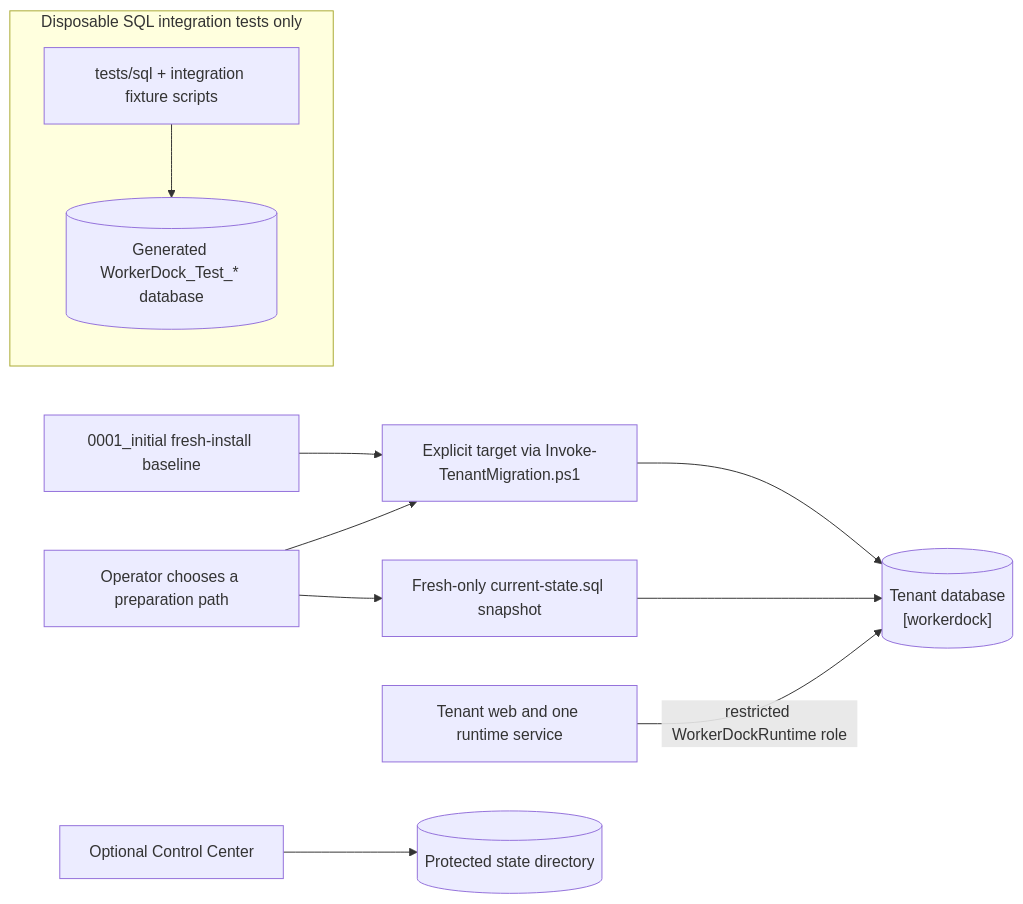
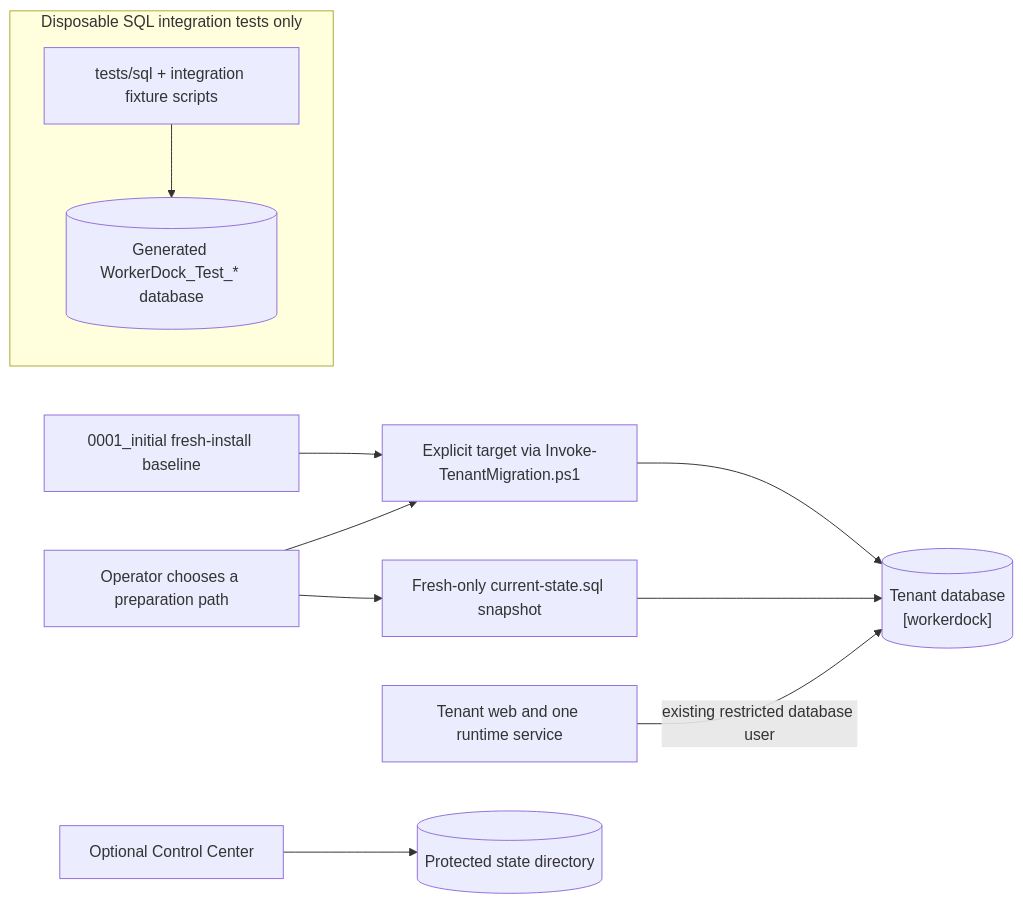
Before and after one commit to brunofreitasv/WorkerDock: the diagram in docs/how-to/setup-sql-server.md, drawn with Mermaid. The commit also changed other lines of this file and 35 other files, not shown here.

Commit message:
feat: grant tenant permissions to existing runtime user

````diff
--- a/docs/how-to/setup-sql-server.md
+++ b/docs/how-to/setup-sql-server.md
@@ -7,15 +7,15 @@
 ```mermaid
 flowchart LR
     Operator["Operator chooses a preparation path"]
     Manifest["0001_initial fresh-install baseline"] --> MigrationScript["Explicit target via Invoke-TenantMigration.ps1"]
     Snapshot["Fresh-only current-state.sql snapshot"]
     Operator --> MigrationScript
     Operator --> Snapshot
     MigrationScript --> TenantDb[("Tenant database<br/>[workerdock]")]
     Snapshot --> TenantDb
-    TenantApps["Tenant web and one runtime service"] -->|"restricted WorkerDockRuntime role"| TenantDb
+    TenantApps["Tenant web and one runtime service"] -->|"existing restricted database user"| TenantDb
     CenterApp["Optional Control Center"] --> CenterFiles[("Protected state directory")]
     subgraph Tests["Disposable SQL integration tests only"]
         Fixtures["tests/sql + integration fixture scripts"] --> TestDb[("Generated WorkerDock_Test_* database")]
     end
 ```
````
